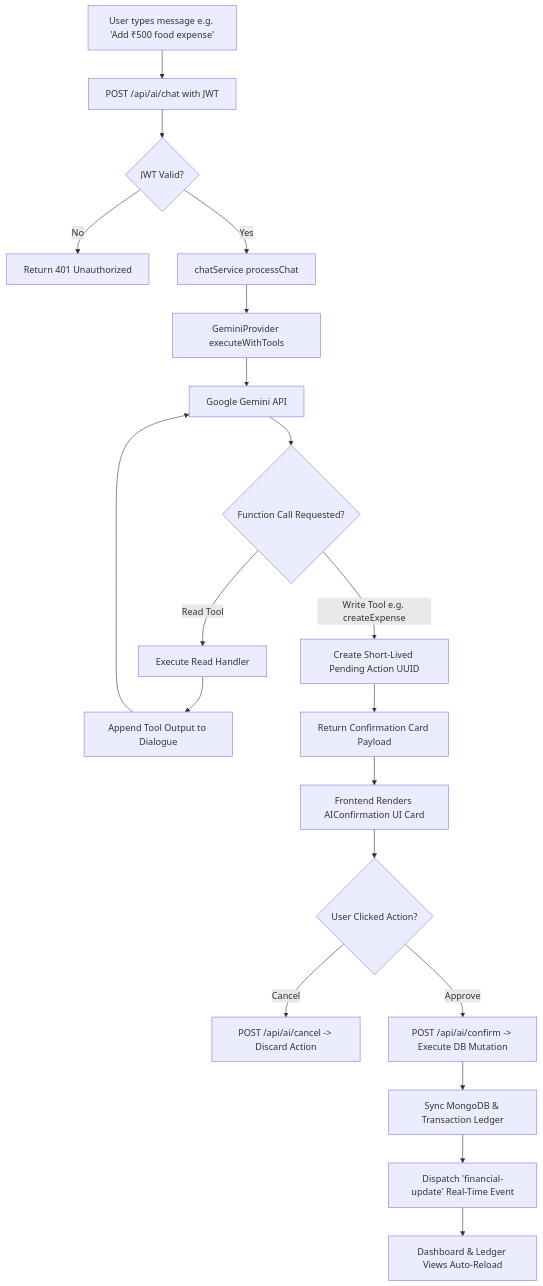
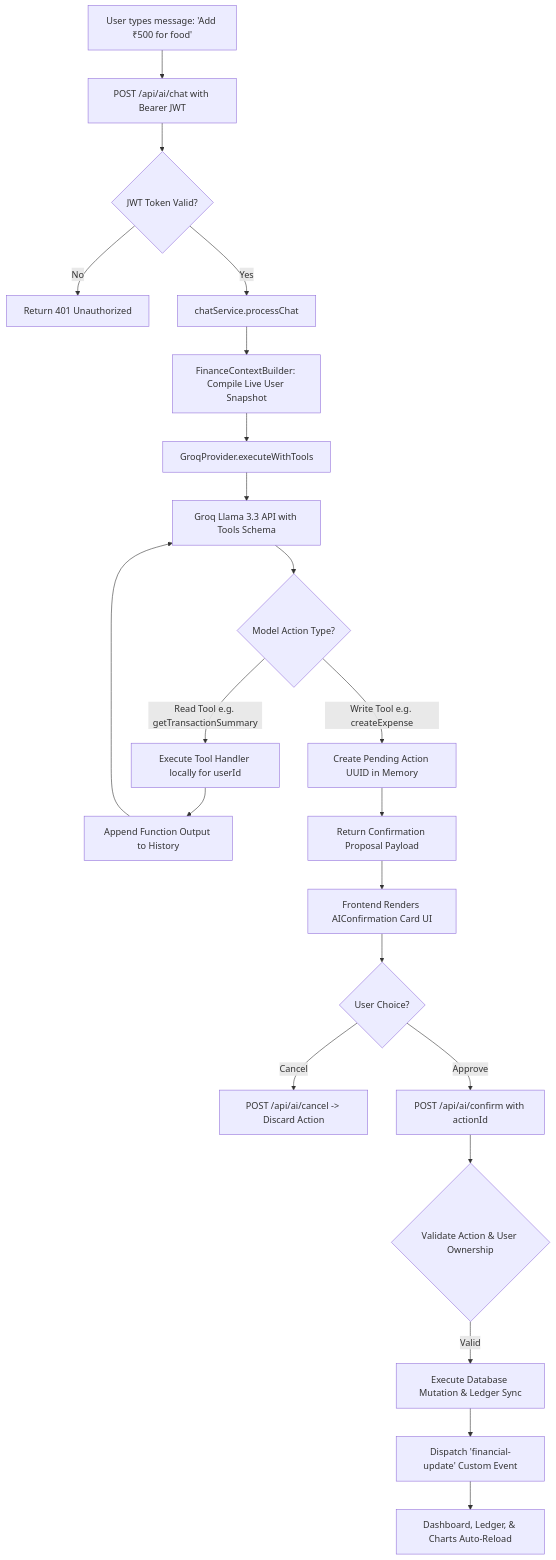
One commit to anshbhatnagara-gif/Smart-Personal-Finance-Dashboard- changed the second of 4 diagrams in README.md. Above: the diagram before and after it, drawn with Mermaid. The commit also changed other lines of this file and 14 other files, not shown here.

Commit message:
feat(ai): complete migration to Groq AI with multi-turn tool calling, live context injection, and comprehensive system documentation

````diff
--- a/README.md
+++ b/README.md
@@ -65,25 +93,30 @@
 ```mermaid
 flowchart TD
-    A[User types message e.g. 'Add ₹500 food expense'] --> B[POST /api/ai/chat with JWT]
-    B --> C{JWT Valid?}
+    A[User types message: 'Add ₹500 for food'] --> B[POST /api/ai/chat with Bearer JWT]
+    B --> C{JWT Token Valid?}
     C -- No --> D[Return 401 Unauthorized]
-    C -- Yes --> E[chatService processChat]
-    E --> F[GeminiProvider executeWithTools]
-    F --> G[Google Gemini API]
-    G --> H{Function Call Requested?}
+    C -- Yes --> E[chatService.processChat]
     
-    H -- Read Tool --> I[Execute Read Handler]
-    I --> J[Append Tool Output to Dialogue]
-    J --> G
-
-    H -- Write Tool e.g. createExpense --> K[Create Short-Lived Pending Action UUID]
-    K --> L[Return Confirmation Card Payload]
-    L --> M[Frontend Renders AIConfirmation UI Card]
-
-    M --> N{User Clicked Action?}
-    N -- Cancel --> O[POST /api/ai/cancel -> Discard Action]
-    N -- Approve --> P[POST /api/ai/confirm -> Execute DB Mutation]
-    P --> Q[Sync MongoDB & Transaction Ledger]
-    Q --> R[Dispatch 'financial-update' Real-Time Event]
-    R --> S[Dashboard & Ledger Views Auto-Reload]
+    E --> F[FinanceContextBuilder: Compile Live User Snapshot]
+    F --> G[GroqProvider.executeWithTools]
+    G --> H[Groq Llama 3.3 API with Tools Schema]
+    
+    H --> I{Model Action Type?}
+    
+    I -- Read Tool e.g. getTransactionSummary --> J[Execute Tool Handler locally for userId]
+    J --> K[Append Function Output to History]
+    K --> H
+    
+    I -- Write Tool e.g. createExpense --> L[Create Pending Action UUID in Memory]
+    L --> M[Return Confirmation Proposal Payload]
+    M --> N[Frontend Renders AIConfirmation Card UI]
+    
+    N --> O{User Choice?}
+    O -- Cancel --> P[POST /api/ai/cancel -> Discard Action]
+    O -- Approve --> Q[POST /api/ai/confirm with actionId]
+    
+    Q --> R{Validate Action & User Ownership}
+    R -- Valid --> S[Execute Database Mutation & Ledger Sync]
+    S --> T[Dispatch 'financial-update' Custom Event]
+    T --> U[Dashboard, Ledger, & Charts Auto-Reload]
 ```
````
